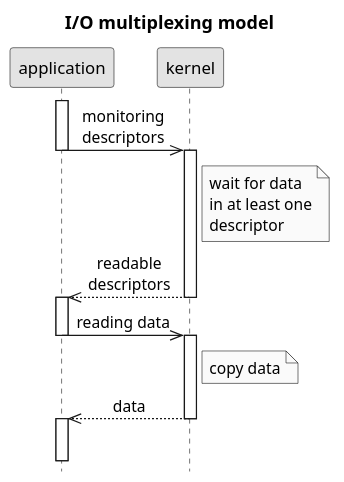
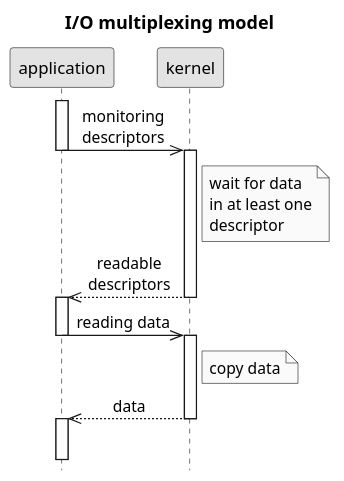
One commit to c0p4c4b4n4/demo-sockets-io-nio-nio2 changed the diagram in .images/IO multiplexing model.puml. Above: the diagram before and after it, drawn with PlantUML. The commit also changed 6 other files, not shown here.

```diff
--- a/.images/IO multiplexing model.puml
+++ b/.images/IO multiplexing model.puml
@@ -1,28 +1,28 @@
 @startuml
 scale 1.2
 title I/O multiplexing model
 hide footbox
 skinparam monochrome true
 skinparam defaultFontName Microsoft Sans Serif
 skinparam titleFontSize 15
 skinparam sequenceMessageAlign center
 
 activate application
 application->>kernel: monitoring\ndescriptors
 deactivate application
 activate kernel
 Note right of kernel: wait for data\nin at least one\ndescriptor
 kernel-->>application: readable\ndescriptors
 deactivate kernel
 activate application
 application->>kernel: reading data
 deactivate application
 activate kernel
 Note right of kernel: copy data
 kernel-->>application: data
 deactivate kernel
 activate application
 
-||12||
+||11||
 kernel -[#white]->]
 @enduml
```
